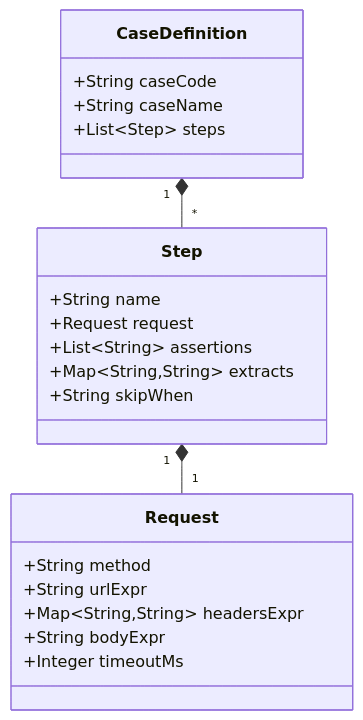
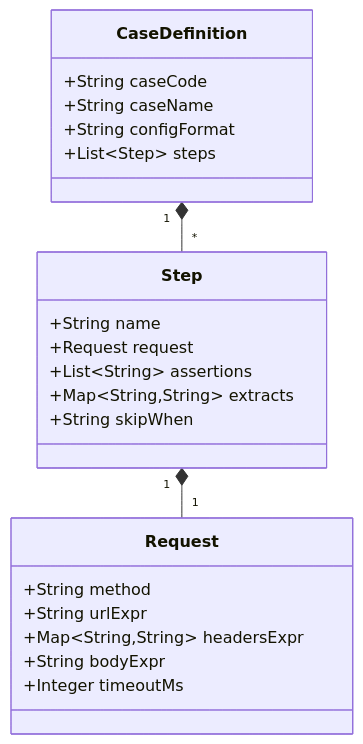
The third of 4 diagrams in docs/architecture-mermaid.md (weisanju/java-dsl-bvt), drawn with Mermaid before and after one commit. The commit also changed other lines of this file and 7 other files, not shown here.

````diff
--- a/docs/architecture-mermaid.md
+++ b/docs/architecture-mermaid.md
@@ -77,27 +82,28 @@
 ```mermaid
 classDiagram
     class CaseDefinition {
       +String caseCode
       +String caseName
+      +String configFormat
       +List~Step~ steps
     }
 
     class Step {
       +String name
       +Request request
       +List~String~ assertions
       +Map~String,String~ extracts
       +String skipWhen
     }
 
     class Request {
       +String method
       +String urlExpr
       +Map~String,String~ headersExpr
       +String bodyExpr
       +Integer timeoutMs
     }
 
     CaseDefinition "1" *-- "*" Step
     Step "1" *-- "1" Request
 ```
````
